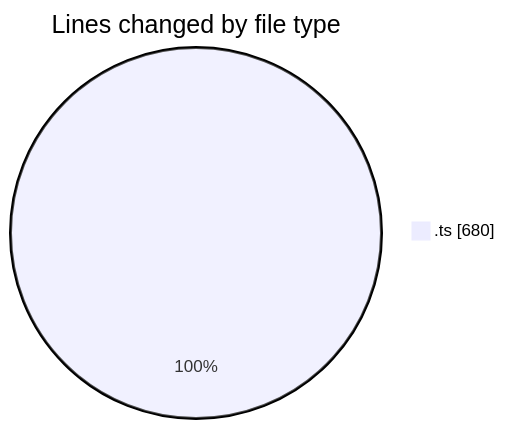
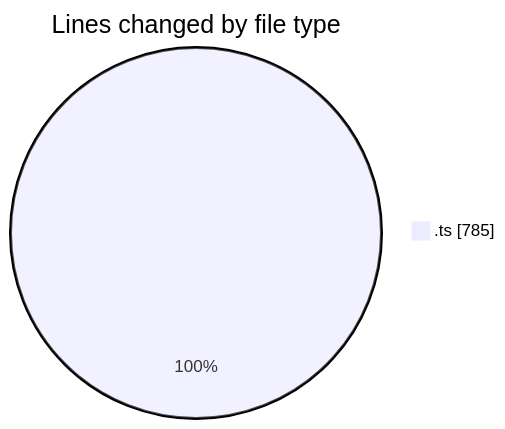
Before and after one commit to momahboobian/code-tracking: the first of 2 diagrams in 2025-06-26/cda/README.md, drawn with Mermaid. The commit also changed other lines of this file and 1 other file, not shown here.

````diff
--- a/2025-06-26/cda/README.md
+++ b/2025-06-26/cda/README.md
@@ -20,5 +20,5 @@
 ```mermaid
 pie showData
 title Lines changed by file type
-".ts" : 680
+".ts" : 785
 ```
````
